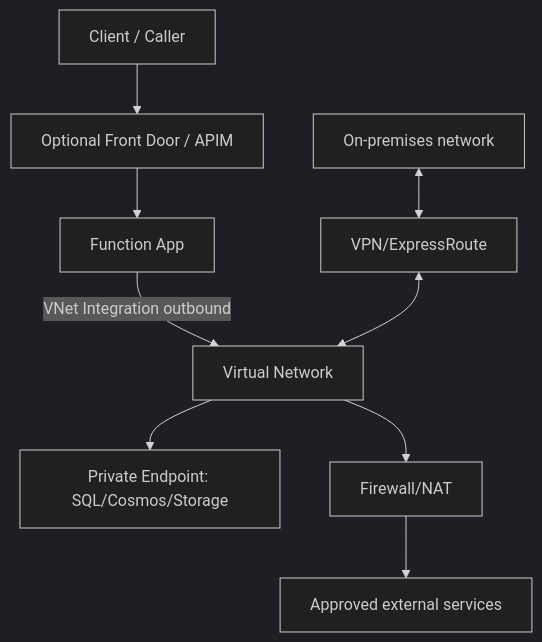
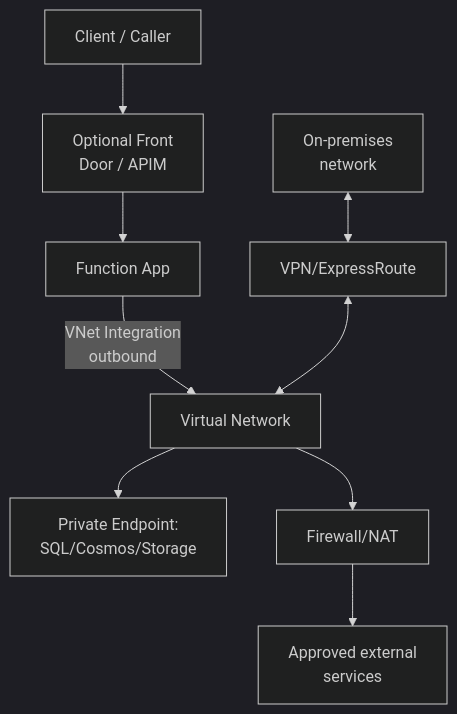
The first of 5 diagrams in docs/platform/networking.md (yeongseon/azure-functions-practical-guide), drawn with Mermaid (dark theme) before and after one commit. The commit also changed other lines of this file and 2 other files, not shown here.

Commit message:
docs(diagrams): clarify Functions networking decision flow, reference architecture and DNS sequence (#568)

````diff
--- a/docs/platform/networking.md
+++ b/docs/platform/networking.md
@@ -152,13 +152,13 @@
 ```mermaid
 flowchart TD
     accTitle: Functions networking reference relationships
     accDescr: Logical connectivity overview retains optional Front Door or APIM ingress, Function App outbound VNet integration, SQL or Cosmos or Storage private endpoints, Firewall or NAT egress alternatives, and two-way on-premises VPN or ExpressRoute connectivity. This is not a packet-hop map or subnet containment diagram.
-    C["Client / Caller"] --> APIM["Optional Front Door / APIM"]
+    C["Client / Caller"] --> APIM["Optional Front<br/>Door / APIM"]
     APIM --> FA[Function App]
-    FA -->|VNet Integration outbound| VNET[Virtual Network]
-    VNET --> PE1["Private Endpoint: SQL/Cosmos/Storage"]
+    FA -->|"VNet Integration<br/>outbound"| VNET["Virtual Network"]
+    VNET --> PE1["Private Endpoint:<br/>SQL/Cosmos/Storage"]
     VNET --> FW["Firewall/NAT"]
-    FW --> EXT[Approved external services]
-    CORP[On-premises network] <--> VPN["VPN/ExpressRoute"]
+    FW --> EXT["Approved external<br/>services"]
+    CORP["On-premises<br/>network"] <--> VPN["VPN/ExpressRoute"]
     VPN <--> VNET
 ```
````
